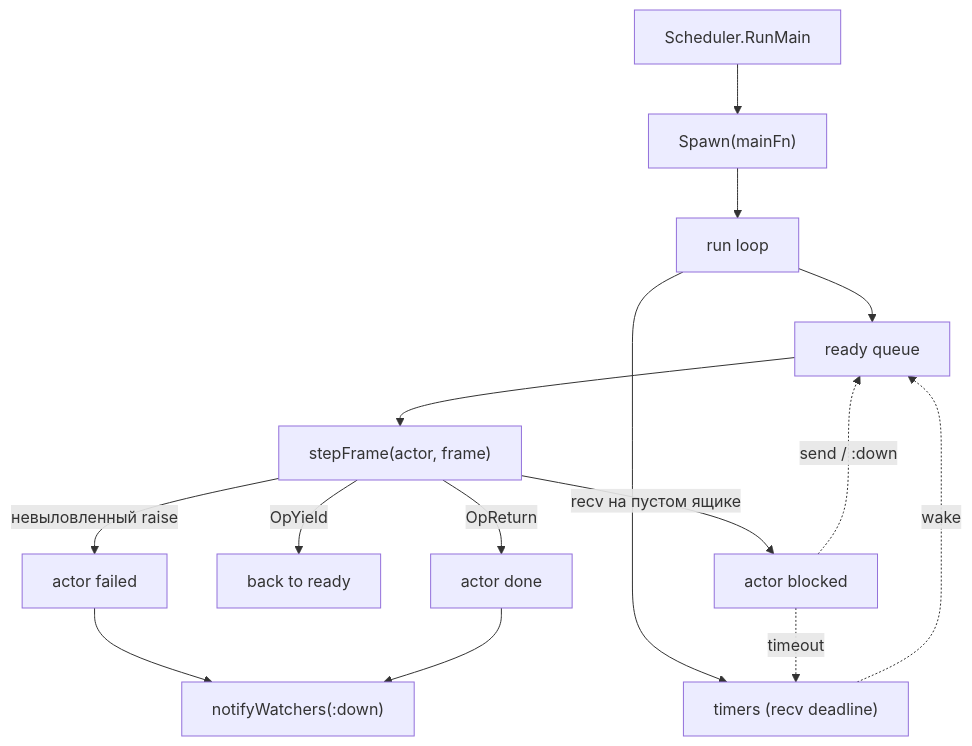
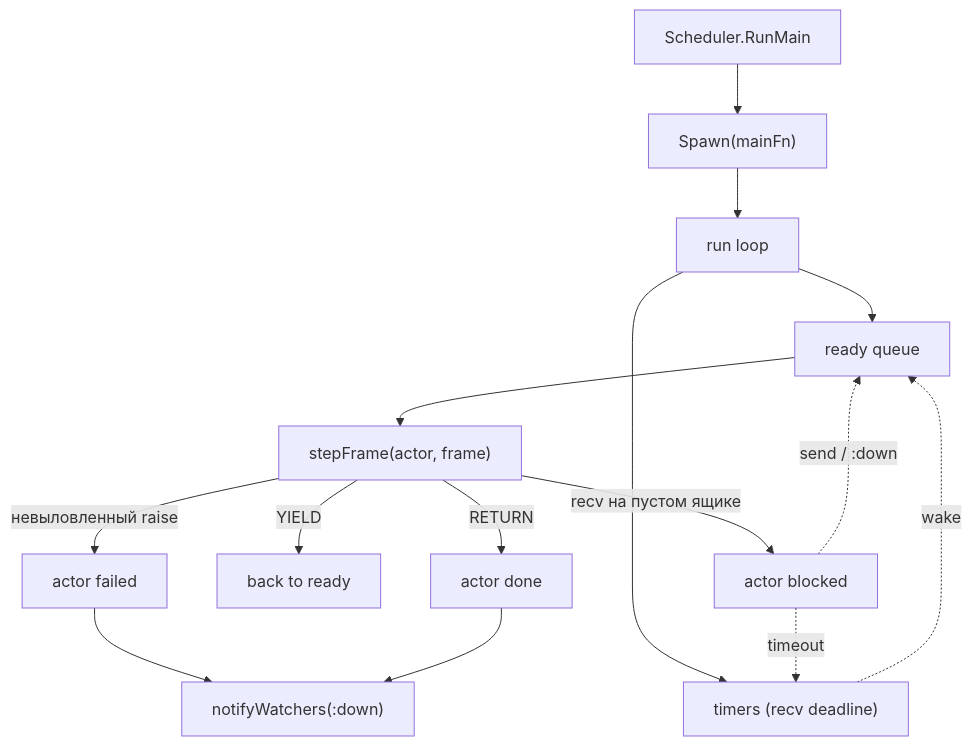
Before and after one commit to it1ro/brig-lang: the third of 4 diagrams in docs/architecture.md, drawn with Mermaid. The commit also changed other lines of this file and 6 other files, not shown here.

````diff
--- a/docs/architecture.md
+++ b/docs/architecture.md
@@ -131,17 +128,17 @@
 ```mermaid
 graph TD
     RUN["Scheduler.RunMain"] --> SPAWN["Spawn(mainFn)"]
     SPAWN --> LOOP["run loop"]
     LOOP --> READY["ready queue"]
     LOOP --> TIMERS["timers (recv deadline)"]
     READY --> STEP["stepFrame(actor, frame)"]
-    STEP -->|OpReturn| DONE["actor done"]
-    STEP -->|OpYield| REQUEUE["back to ready"]
+    STEP -->|RETURN| DONE["actor done"]
+    STEP -->|YIELD| REQUEUE["back to ready"]
     STEP -->|recv на пустом ящике| BLOCK["actor blocked"]
     STEP -->|невыловленный raise| FAIL["actor failed"]
     BLOCK -.->|send / :down| READY
     BLOCK -.->|timeout| TIMERS
     TIMERS -.->|wake| READY
     FAIL --> NOTIFY["notifyWatchers(:down)"]
     DONE --> NOTIFY
 ```
````
